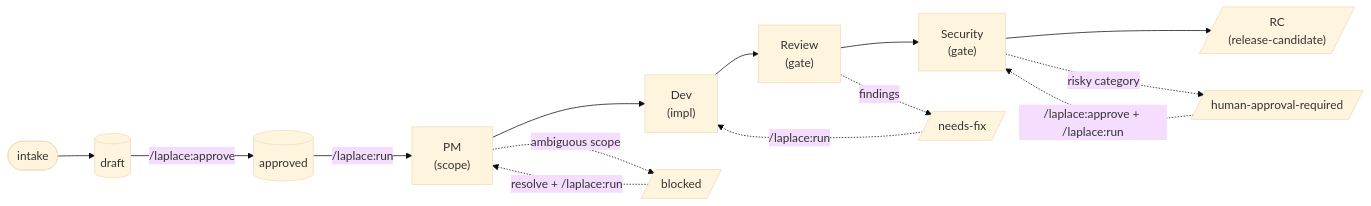
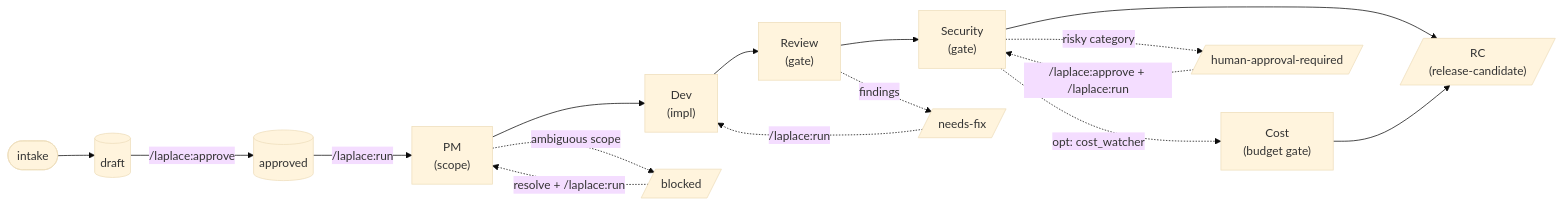
The diagram in README.md (tipsy-kereru/laplace), drawn with Mermaid (base theme) before and after one commit. The commit also changed other lines of this file and 13 other files, not shown here.

First line of the commit message:
feat: SPEC-003/004/005/006 — evidence gates, blocker propagation, cost watcher, motivation triggers (v0.6.0)

````diff
--- a/README.md
+++ b/README.md
@@ -149,18 +160,20 @@
 ```mermaid
 flowchart LR
     intake([intake]) --> draft[(draft)]
     draft -->|/laplace:approve| approved[(approved)]
     approved -->|"/laplace:run"| PM["PM<br/>(scope)"]
     PM --> Dev["Dev<br/>(impl)"]
     Dev --> Review["Review<br/>(gate)"]
     Review --> Security["Security<br/>(gate)"]
+    Security -.->|opt: cost_watcher| Cost["Cost<br/>(budget gate)"]
     Security --> RC[/"RC<br/>(release-candidate)"/]
+    Cost --> RC
 
     PM -.->|ambiguous scope| blocked[/blocked/]
     Review -.->|findings| needsfix[/needs-fix/]
     Security -.->|risky category| human[/human-approval-required/]
 
     blocked -.->|resolve + /laplace:run| PM
     needsfix -.->|/laplace:run| Dev
     human -.->|/laplace:approve + /laplace:run| Security
 ```
````
